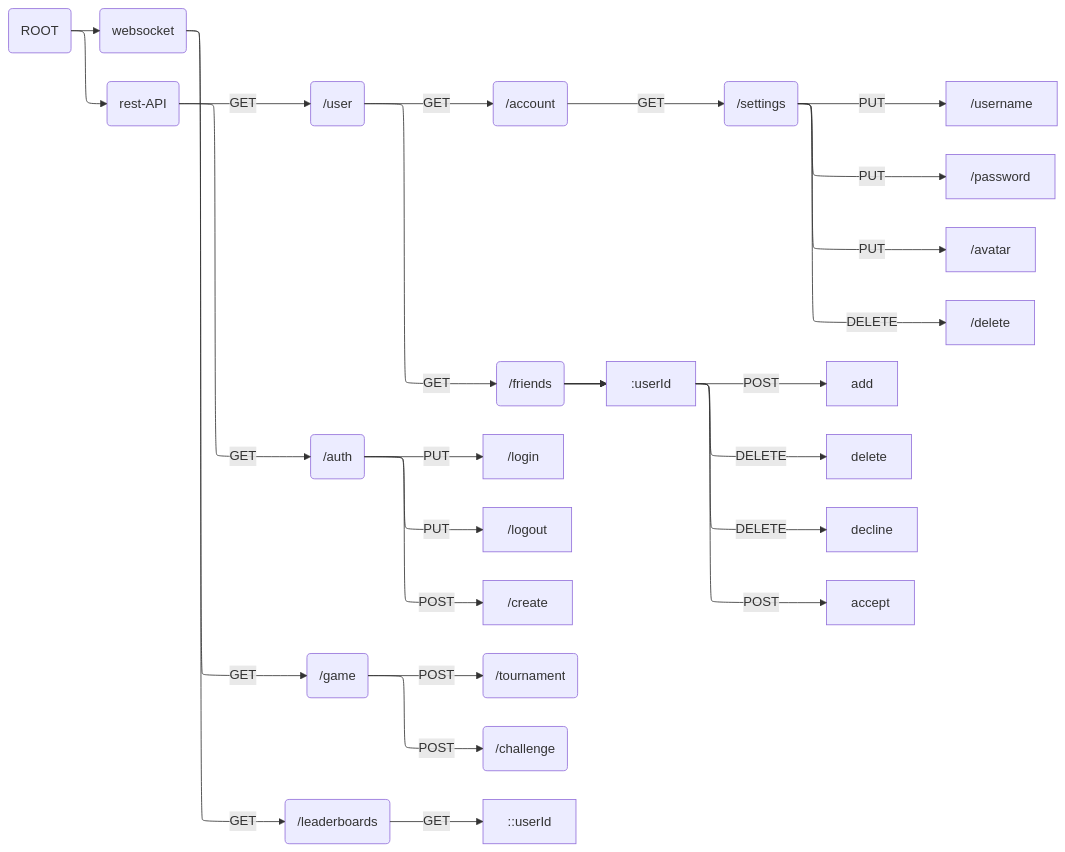
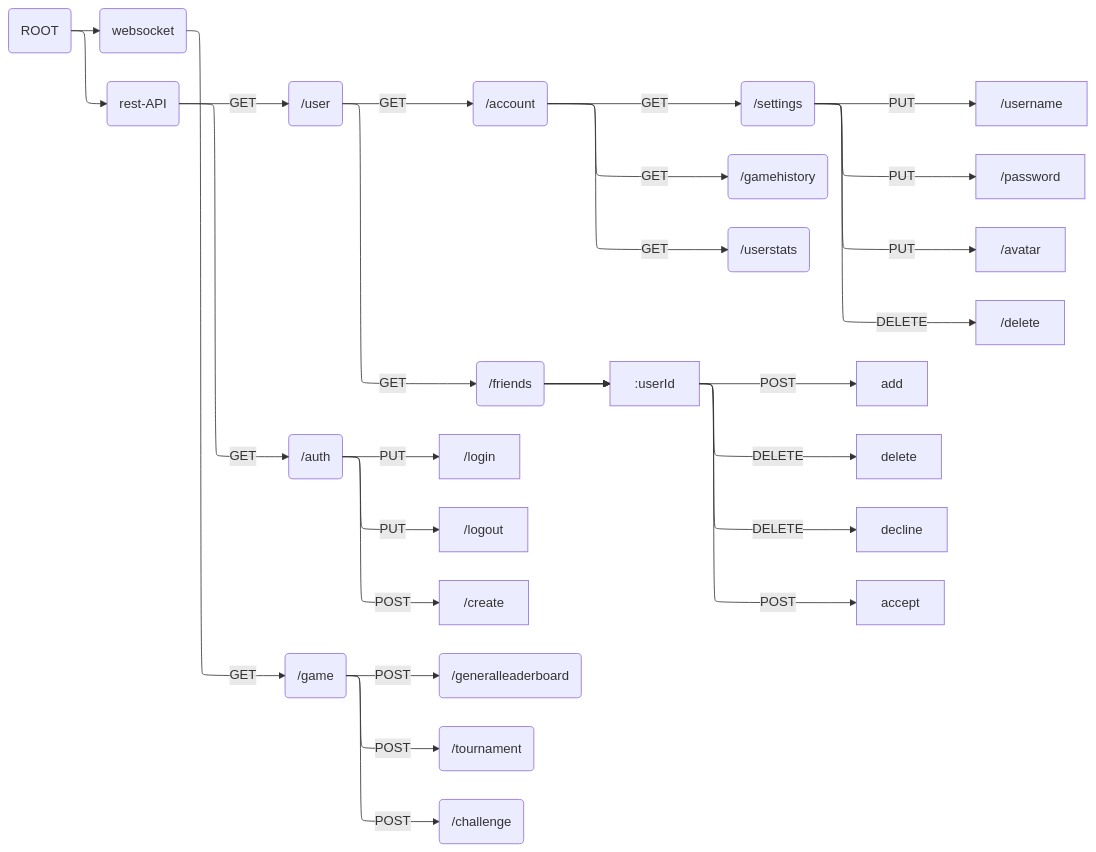
The diagram in api-map.md (cdomet-d/transcendence), drawn with Mermaid before and after one commit. The commit also changed 1 other file, not shown here.

Commit message:
doc: added user game stat infos

````diff
--- a/api-map.md
+++ b/api-map.md
@@ -3,58 +3,62 @@
 ```mermaid
 ---
 config:
   layout: elk
   elk:
     mergeEdges: true
     nodePlacementStrategy: BRANDES_KOEPF
 ---
 graph LR;
 
 root("ROOT")
 websocket("websocket")
 rest("rest-API")
 
 %% REST 
 user("/user")
 account("/account")
 friends("/friends")
 auth("/auth")
 
 root --> websocket
 root --> rest
 
 rest -- GET --> auth
 auth -- PUT --> /login
 auth -- PUT --> /logout
 auth -- POST --> /create
 
 settings("/settings")
+gamehistory("/gamehistory")
+userstats("/userstats")
 
-rest -- GET --> user 
+rest -- GET --> user
 user -- GET --> account
 user -- GET --> friends
 account -- GET --> settings
+account -- GET --> gamehistory
+account -- GET --> userstats
 
 settings -- PUT --> /username
 settings -- PUT --> /password
 settings -- PUT --> /avatar
 settings -- DELETE --> /delete
 
 friends --> :userId -- POST --> add
 friends --> :userId -- DELETE --> delete
 friends --> :userId -- DELETE --> decline
 friends --> :userId -- POST --> accept
 
 %% websockets
 game("/game")
-leaderboards("/leaderboards")
+generalleaderboard("/generalleaderboard")
 
 tournament(/tournament)
 challenge(/challenge)
 
 websocket -- GET --> game
-websocket -- GET --> leaderboards -- GET --> ::userId
 
 game -- POST --> tournament
 game -- POST --> challenge
+game -- POST --> generalleaderboard
 ```
````
